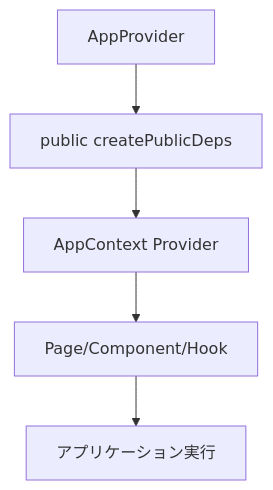
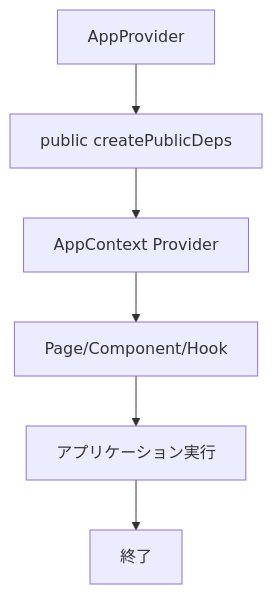
One commit to LevelCapTech/Agile-PMBOK-Assist changed the second of 2 diagrams in .github/copilot/plans/00-nextjs-plugin-ssot.md. Above: the diagram before and after it, drawn with Mermaid. The commit also changed 1 other file, not shown here.

Commit message:
fix: SSOT規範の適用範囲とフロー終端を調整
ESLint担保の表現を将来形にし、適用範囲とフロー図の終了を明確化した。

````diff
--- a/.github/copilot/plans/00-nextjs-plugin-ssot.md
+++ b/.github/copilot/plans/00-nextjs-plugin-ssot.md
@@ -67,7 +67,8 @@
 ```mermaid
 flowchart TD
   A[AppProvider] --> B[public createPublicDeps]
   B --> C[AppContext Provider]
   C --> D[Page/Component/Hook]
   D --> E[アプリケーション実行]
+  E --> F[終了]
 ```
````
